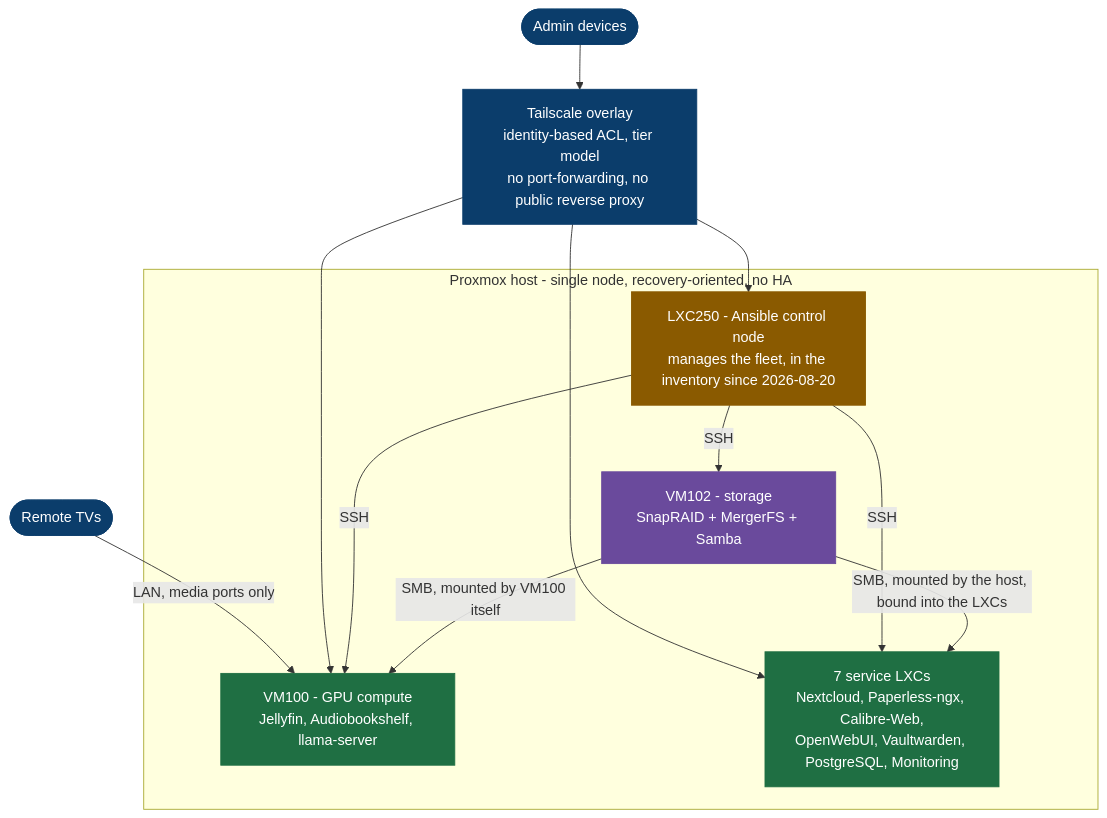
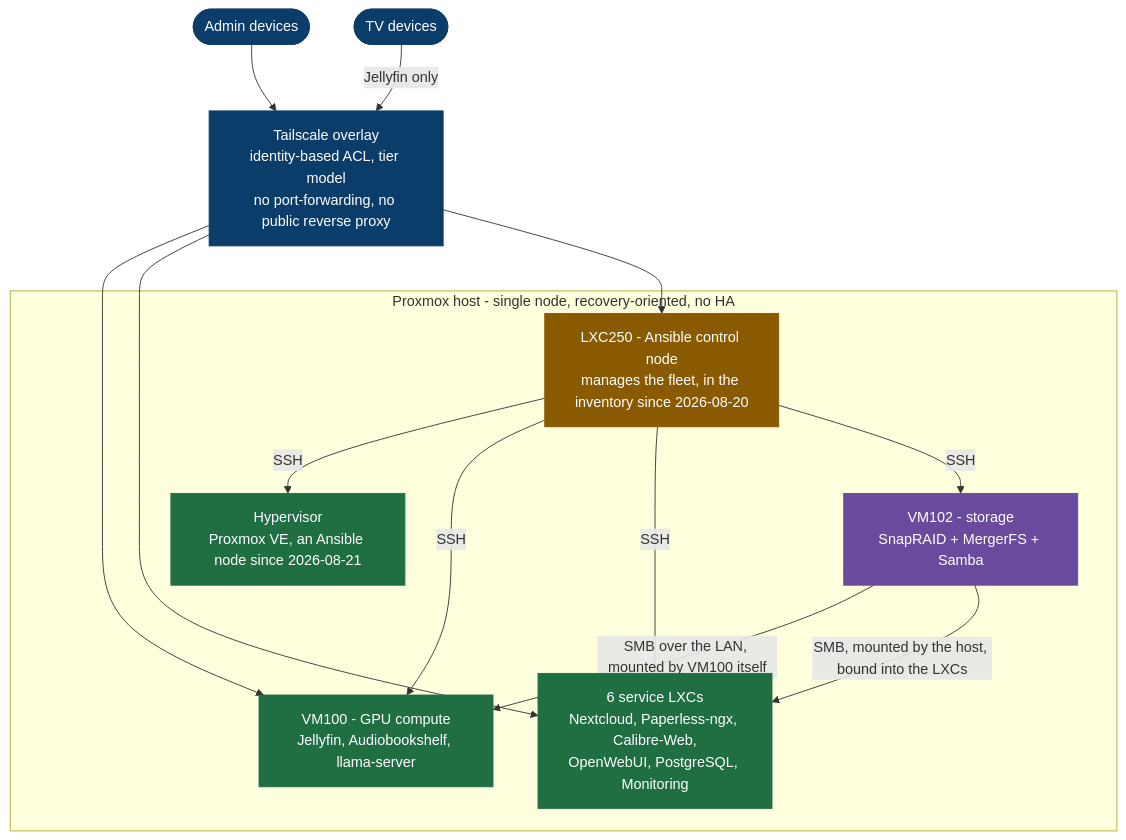
Before and after one commit to sohanreddyk/homelab-server-architecture: the diagram in README.md, drawn with Mermaid. The commit also changed other lines of this file and 12 other files, not shown here.

First line of the commit message:
docs(platform): bring diagrams and overviews to the measured state

````diff
--- a/README.md
+++ b/README.md
@@ -18,34 +18,36 @@
 ```mermaid
 flowchart TB
   Admin(["Admin devices"])
-  TVs(["Remote TVs"])
+  TVs(["TV devices"])
 
   TS["Tailscale overlay<br/>identity-based ACL, tier model<br/>no port-forwarding, no public reverse proxy"]
 
   subgraph host["Proxmox host - single node, recovery-oriented, no HA"]
+    PVE["Hypervisor<br/>Proxmox VE, an Ansible node since 2026-08-21"]
     VM100["VM100 - GPU compute<br/>Jellyfin, Audiobookshelf, llama-server"]
-    LXC["7 service LXCs<br/>Nextcloud, Paperless-ngx, Calibre-Web,<br/>OpenWebUI, Vaultwarden, PostgreSQL, Monitoring"]
+    LXC["6 service LXCs<br/>Nextcloud, Paperless-ngx, Calibre-Web,<br/>OpenWebUI, PostgreSQL, Monitoring"]
     CTRL["LXC250 - Ansible control node<br/>manages the fleet, in the inventory since 2026-08-20"]
     VM102["VM102 - storage<br/>SnapRAID + MergerFS + Samba"]
   end
 
   Admin --> TS
-  TVs -->|LAN, media ports only| VM100
+  TVs -->|Jellyfin only| TS
   TS --> VM100
   TS --> LXC
   TS --> CTRL
+  CTRL -->|SSH| PVE
   CTRL -->|SSH| VM100
   CTRL -->|SSH| LXC
   CTRL -->|SSH| VM102
-  VM102 -->|SMB, mounted by VM100 itself| VM100
+  VM102 -->|SMB over the LAN, mounted by VM100 itself| VM100
   VM102 -->|SMB, mounted by the host, bound into the LXCs| LXC
 
   classDef access fill:#0b3d6b,stroke:#0b3d6b,color:#ffffff
   classDef compute fill:#1f6f43,stroke:#1f6f43,color:#ffffff
   classDef storage fill:#6a4a9c,stroke:#6a4a9c,color:#ffffff
   classDef control fill:#8a5a00,stroke:#8a5a00,color:#ffffff
   class TS,Admin,TVs access
-  class VM100,LXC compute
+  class PVE,VM100,LXC compute
   class VM102 storage
   class CTRL control
 ```
````
